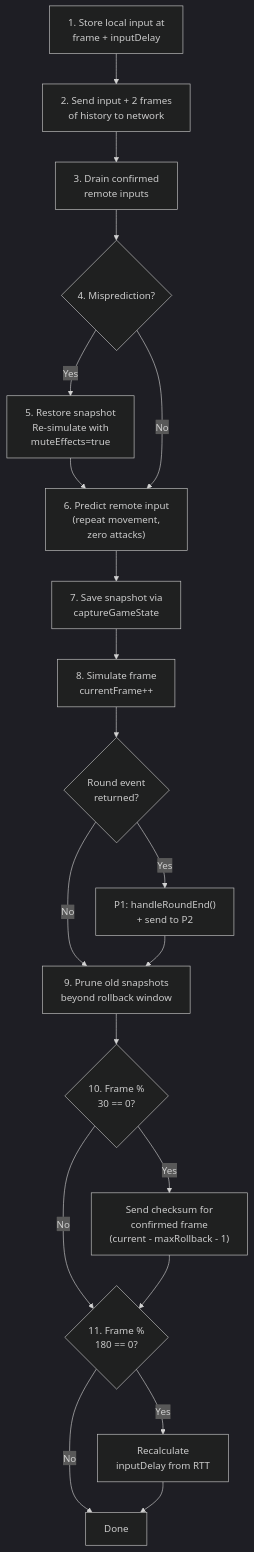
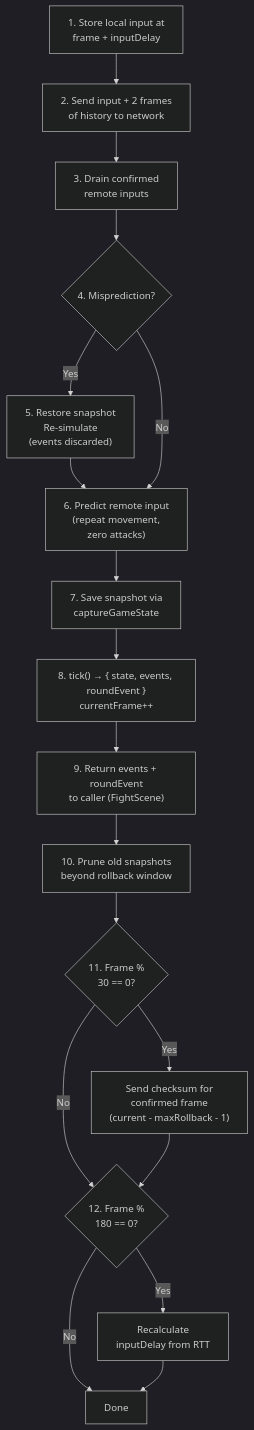
One commit to simon0191/a-los-traques changed the third of 8 diagrams in docs/rollback-netcode.md. Above: the diagram before and after it, drawn with Mermaid (dark theme). The commit also changed other lines of this file, not shown here.

First line of the commit message:
docs: update rollback-netcode.md for event-driven presentation

````diff
--- a/docs/rollback-netcode.md
+++ b/docs/rollback-netcode.md
@@ -82,23 +86,20 @@
 ```mermaid
 flowchart TD
     A["1. Store local input at\nframe + inputDelay"] --> B["2. Send input + 2 frames\nof history to network"]
     B --> C["3. Drain confirmed\nremote inputs"]
     C --> D{4. Misprediction?}
-    D -- Yes --> E["5. Restore snapshot\nRe-simulate with\nmuteEffects=true"]
+    D -- Yes --> E["5. Restore snapshot\nRe-simulate\n(events discarded)"]
     E --> F["6. Predict remote input"]
     D -- No --> F["6. Predict remote input\n(repeat movement,\nzero attacks)"]
     F --> G["7. Save snapshot via\ncaptureGameState"]
-    G --> H["8. Simulate frame\ncurrentFrame++"]
-    H --> RE{"Round event\nreturned?"}
-    RE -- Yes --> RE_P1["P1: handleRoundEnd()\n+ send to P2"]
-    RE -- No --> I
-    RE_P1 --> I
-    I["9. Prune old snapshots\nbeyond rollback window"]
-    I --> J{"10. Frame %\n30 == 0?"}
+    G --> H["8. tick() → { state, events, roundEvent }\ncurrentFrame++"]
+    H --> EV["9. Return events + roundEvent\nto caller (FightScene)"]
+    EV --> I["10. Prune old snapshots\nbeyond rollback window"]
+    I --> J{"11. Frame %\n30 == 0?"}
     J -- Yes --> K["Send checksum for\nconfirmed frame\n(current - maxRollback - 1)"]
-    J -- No --> L{"11. Frame %\n180 == 0?"}
+    J -- No --> L{"12. Frame %\n180 == 0?"}
     K --> L
     L -- Yes --> M["Recalculate\ninputDelay from RTT"]
     L -- No --> N[Done]
     M --> N
 ```
````
